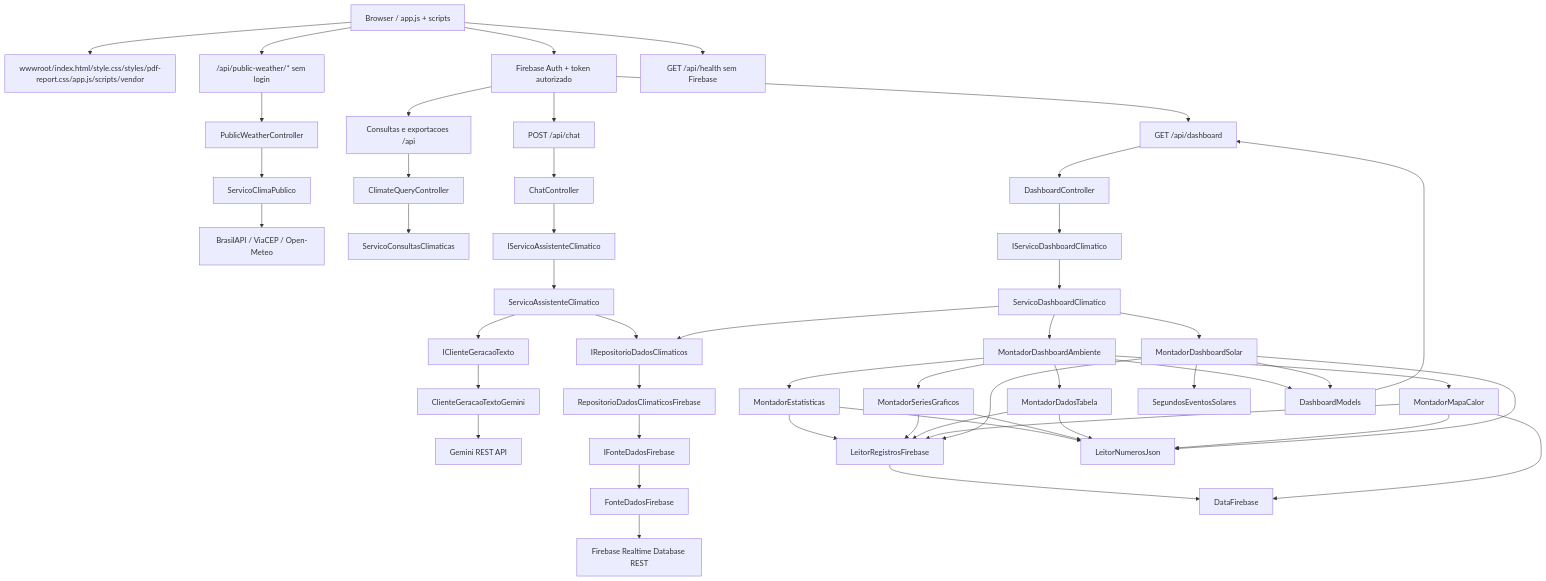
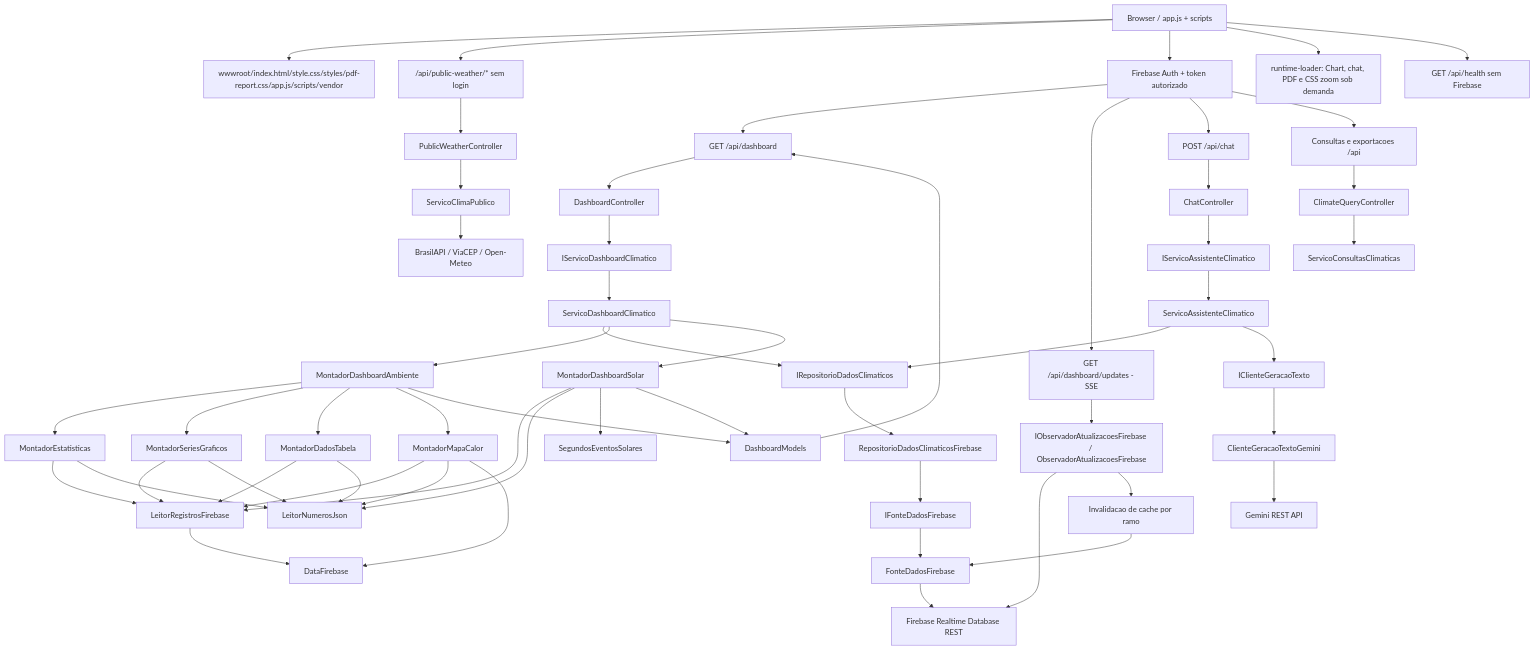
Before and after one commit to anvmano/estacao-climatica-csharp: the first of 4 diagrams in docs/DEPENDENCY_MAP.md, drawn with Mermaid. The commit also changed 54 other files, not shown here.

````diff
--- a/docs/DEPENDENCY_MAP.md
+++ b/docs/DEPENDENCY_MAP.md
@@ -5,62 +5,68 @@
 ```mermaid
 graph TD
     Browser["Browser / app.js + scripts"] --> Static["wwwroot/index.html/style.css/styles/pdf-report.css/app.js/scripts/vendor"]
     Browser --> Publico["/api/public-weather/* sem login"]
     Browser --> Auth["Firebase Auth + token autorizado"]
     Auth --> Api["GET /api/dashboard"]
+    Auth --> Atualizacoes["GET /api/dashboard/updates - SSE"]
+    Atualizacoes --> Observador["IObservadorAtualizacoesFirebase / ObservadorAtualizacoesFirebase"]
+    Observador --> Firebase
+    Observador --> Invalidacao["Invalidacao de cache por ramo"]
+    Invalidacao --> FonteDadosFirebase
+    Browser --> Recursos["runtime-loader: Chart, chat, PDF e CSS zoom sob demanda"]
     Auth --> ChatApi["POST /api/chat"]
     Browser --> Health["GET /api/health sem Firebase"]
 
     Publico --> PublicWeatherController["PublicWeatherController"]
     PublicWeatherController --> PublicWeatherService["ServicoClimaPublico"]
     PublicWeatherService --> ExternalApis["BrasilAPI / ViaCEP / Open-Meteo"]
     Auth --> QueryApi["Consultas e exportacoes /api"]
     QueryApi --> QueryController["ClimateQueryController"]
     QueryController --> QueryService["ServicoConsultasClimaticas"]
 
     Api --> Controller["DashboardController"]
     Controller --> IService["IServicoDashboardClimatico"]
     IService --> Service["ServicoDashboardClimatico"]
 
     ChatApi --> ChatController["ChatController"]
     ChatController --> IChatService["IServicoAssistenteClimatico"]
     IChatService --> ChatService["ServicoAssistenteClimatico"]
     ChatService --> IRepository
     ChatService --> ITextGeneration["IClienteGeracaoTexto"]
     ITextGeneration --> Gemini["ClienteGeracaoTextoGemini"]
     Gemini --> GeminiApi["Gemini REST API"]
 
     Service --> IRepository["IRepositorioDadosClimaticos"]
     IRepository --> Repository["RepositorioDadosClimaticosFirebase"]
     Repository --> IFirebase["IFonteDadosFirebase"]
     IFirebase --> FonteDadosFirebase["FonteDadosFirebase"]
     FonteDadosFirebase --> Firebase["Firebase Realtime Database REST"]
 
     Service --> EnvironmentBuilder["MontadorDashboardAmbiente"]
     Service --> SolarBuilder["MontadorDashboardSolar"]
 
     EnvironmentBuilder --> MontadorEstatisticas["MontadorEstatisticas"]
     EnvironmentBuilder --> ChartBuilder["MontadorSeriesGraficos"]
     EnvironmentBuilder --> TableBuilder["MontadorDadosTabela"]
     EnvironmentBuilder --> MontadorMapaCalor["MontadorMapaCalor"]
 
     MontadorEstatisticas --> RecordReader["LeitorRegistrosFirebase"]
     ChartBuilder --> RecordReader
     TableBuilder --> RecordReader
     MontadorMapaCalor --> RecordReader
     SolarBuilder --> RecordReader
 
     MontadorEstatisticas --> NumberReader["LeitorNumerosJson"]
     ChartBuilder --> NumberReader
     TableBuilder --> NumberReader
     MontadorMapaCalor --> NumberReader
     SolarBuilder --> NumberReader
 
     RecordReader --> DataFirebase["DataFirebase"]
     MontadorMapaCalor --> DataFirebase
     SolarBuilder --> SolarModels["SegundosEventosSolares"]
 
     EnvironmentBuilder --> Domain["DashboardModels"]
     SolarBuilder --> Domain
     Domain --> Api
 ```
````
